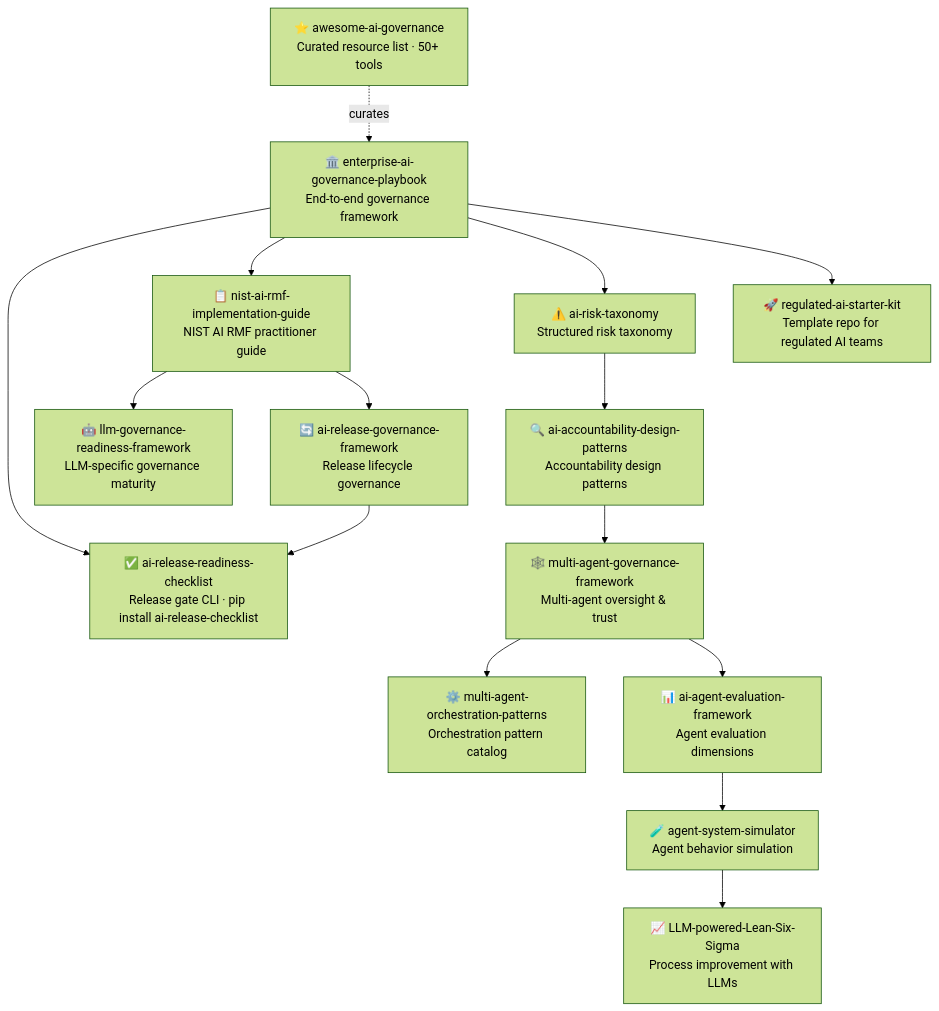
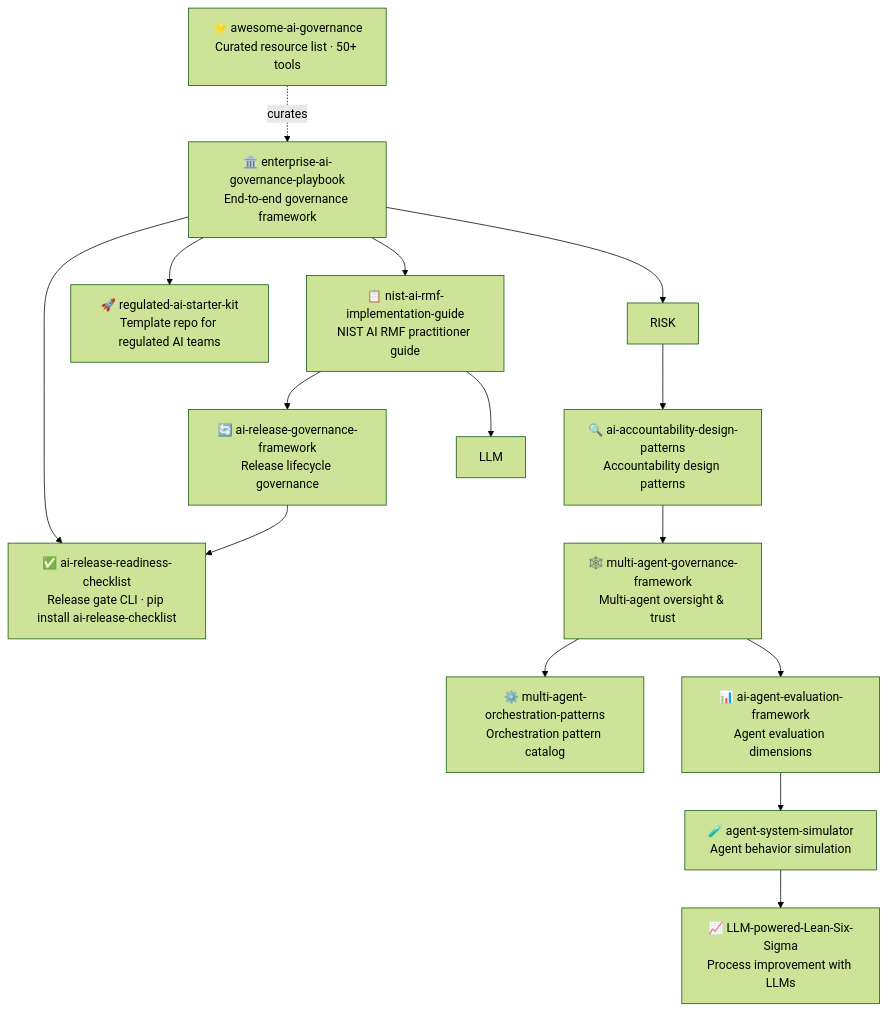
One commit to simaba/simaba changed the diagram in README.md. Above: the diagram before and after it, drawn with Mermaid (forest theme). The commit also changed other lines of this file, not shown here.

Commit message:
fix: remove non-existent repo references from profile README

````diff
--- a/README.md
+++ b/README.md
@@ -17,32 +17,30 @@
 ```mermaid
 flowchart TD
     GOV[🏛️ enterprise-ai-governance-playbook\nEnd-to-end governance framework]
     REL[✅ ai-release-readiness-checklist\nRelease gate CLI · pip install ai-release-checklist]
     NIST[📋 nist-ai-rmf-implementation-guide\nNIST AI RMF practitioner guide]
-    RISK[⚠️ ai-risk-taxonomy\nStructured risk taxonomy]
-    LLM[🤖 llm-governance-readiness-framework\nLLM-specific governance maturity]
     RELGOV[🔄 ai-release-governance-framework\nRelease lifecycle governance]
     ACC[🔍 ai-accountability-design-patterns\nAccountability design patterns]
     MA[🕸️ multi-agent-governance-framework\nMulti-agent oversight & trust]
     MAOP[⚙️ multi-agent-orchestration-patterns\nOrchestration pattern catalog]
     EVAL[📊 ai-agent-evaluation-framework\nAgent evaluation dimensions]
     SIM[🧪 agent-system-simulator\nAgent behavior simulation]
     LSS[📈 LLM-powered-Lean-Six-Sigma\nProcess improvement with LLMs]
     STARTER[🚀 regulated-ai-starter-kit\nTemplate repo for regulated AI teams]
     AWESOME[⭐ awesome-ai-governance\nCurated resource list · 50+ tools]
 
     GOV --> REL
     GOV --> NIST
     GOV --> RISK
     NIST --> LLM
     NIST --> RELGOV
     RELGOV --> REL
     RISK --> ACC
     ACC --> MA
     MA --> MAOP
     MA --> EVAL
     EVAL --> SIM
     SIM --> LSS
     GOV --> STARTER
     AWESOME -.->|curates| GOV
 ```
````
